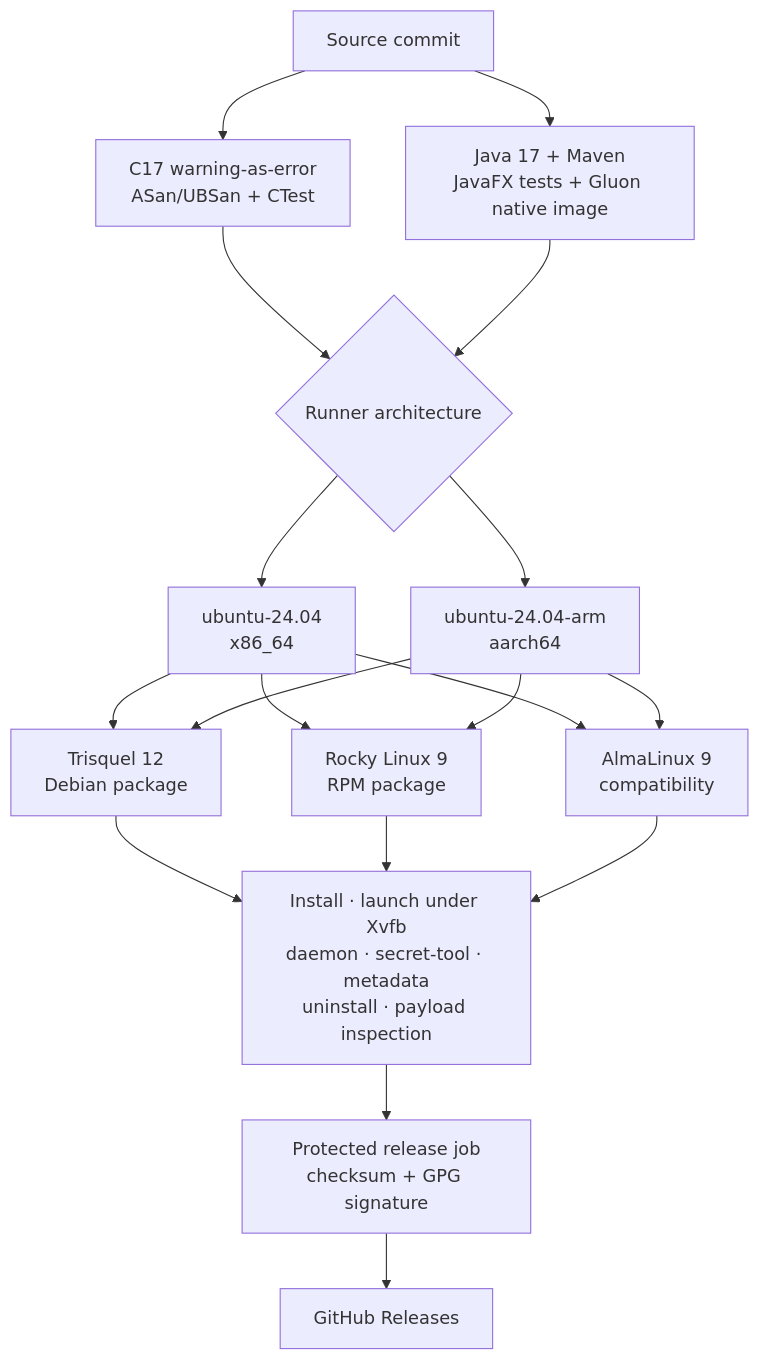
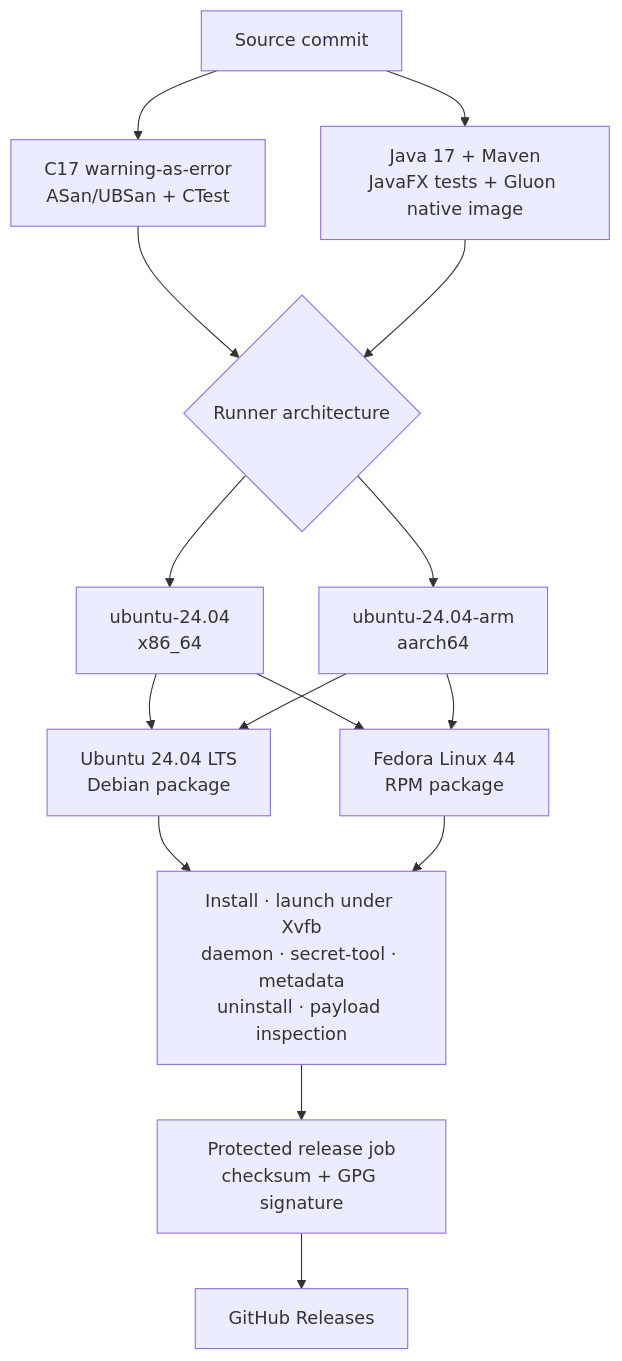
Before and after one commit to JohnThre/clambhook: the diagram in packaging/README.md, drawn with Mermaid. The commit also changed other lines of this file and 33 other files, not shown here.

First line of the commit message:
Adopt Ubuntu and Fedora validation

````diff
--- a/packaging/README.md
+++ b/packaging/README.md
@@ -47,20 +45,17 @@
 ```mermaid
 flowchart TD
     commit["Source commit"] --> native["C17 warning-as-error<br/>ASan/UBSan + CTest"]
     commit --> javafx["Java 17 + Maven<br/>JavaFX tests + Gluon native image"]
     native --> matrix{"Runner architecture"}
     javafx --> matrix
     matrix --> x64["ubuntu-24.04<br/>x86_64"]
     matrix --> arm["ubuntu-24.04-arm<br/>aarch64"]
-    x64 --> trisquel["Trisquel 12<br/>Debian package"]
-    arm --> trisquel
-    x64 --> rocky["Rocky Linux 9<br/>RPM package"]
-    arm --> rocky
-    x64 --> alma["AlmaLinux 9<br/>compatibility"]
-    arm --> alma
-    trisquel --> inspect["Install · launch under Xvfb<br/>daemon · secret-tool · metadata<br/>uninstall · payload inspection"]
-    rocky --> inspect
-    alma --> inspect
+    x64 --> ubuntu["Ubuntu 24.04 LTS<br/>Debian package"]
+    arm --> ubuntu
+    x64 --> fedora["Fedora Linux 44<br/>RPM package"]
+    arm --> fedora
+    ubuntu --> inspect["Install · launch under Xvfb<br/>daemon · secret-tool · metadata<br/>uninstall · payload inspection"]
+    fedora --> inspect
     inspect --> protected["Protected release job<br/>checksum + GPG signature"]
     protected --> github["GitHub Releases"]
 ```
````
